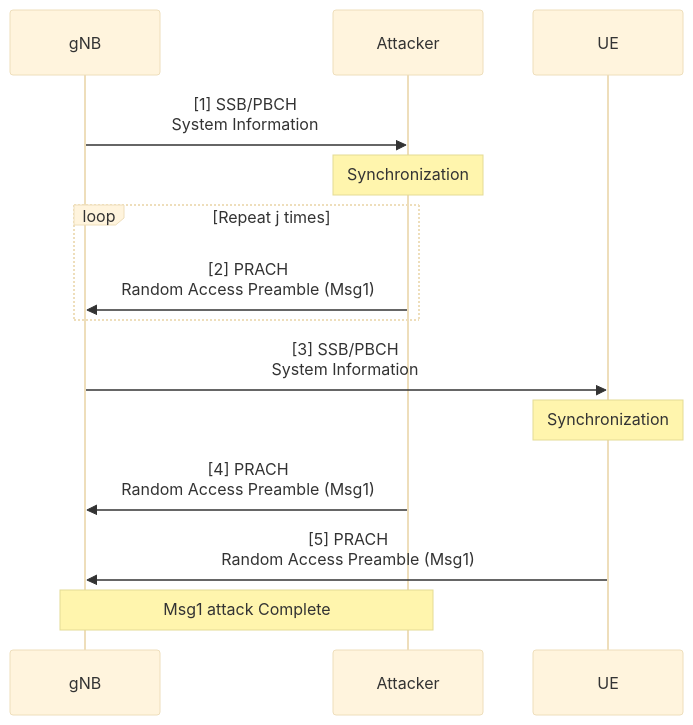
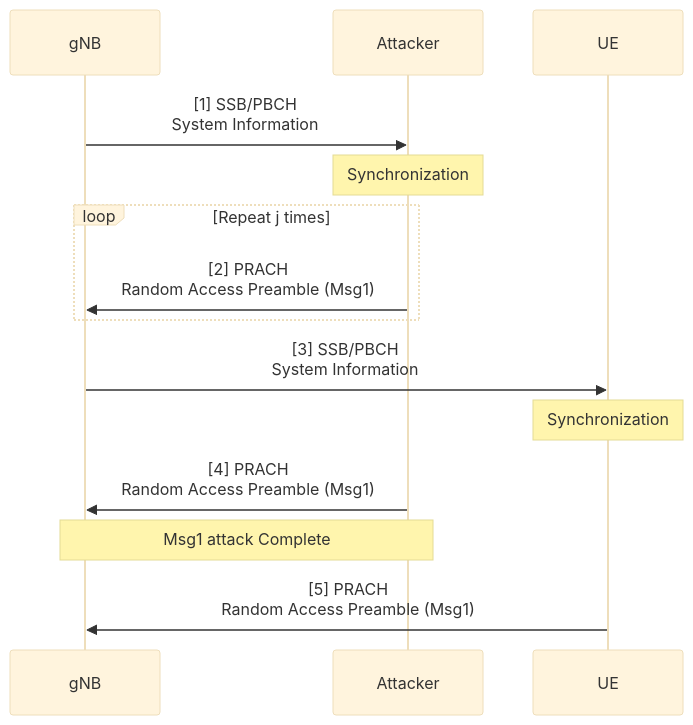
One commit to bmw-ece-ntust/wilfrid-prach-attack-analysis changed the first of 7 diagrams in docs/20250310 Thesis (Basic Msg1 Model).md. Above: the diagram before and after it, drawn with Mermaid (base theme). The commit also changed other lines of this file, not shown here.

Commit message:
Update 20250310 Thesis (Basic Msg1 Model).md

````diff
--- a/docs/20250310 Thesis (Basic Msg1 Model).md
+++ b/docs/20250310 Thesis (Basic Msg1 Model).md
@@ -48,13 +48,13 @@
 ```mermaid
 sequenceDiagram
     gNB->>Attacker: [1] SSB/PBCH<br/>System Information
     Note over Attacker: Synchronization
     loop Repeat j times
         Attacker->>gNB: [2] PRACH<br/>Random Access Preamble (Msg1)
     end
     gNB->>UE: [3] SSB/PBCH<br/>System Information
     Note over UE: Synchronization
     Attacker->>gNB: [4] PRACH<br/>Random Access Preamble (Msg1)
+    Note over gNB,Attacker: Msg1 attack Complete
     UE->>gNB: [5] PRACH<br/>Random Access Preamble (Msg1)
-    Note over gNB,Attacker: Msg1 attack Complete
 ```
````
